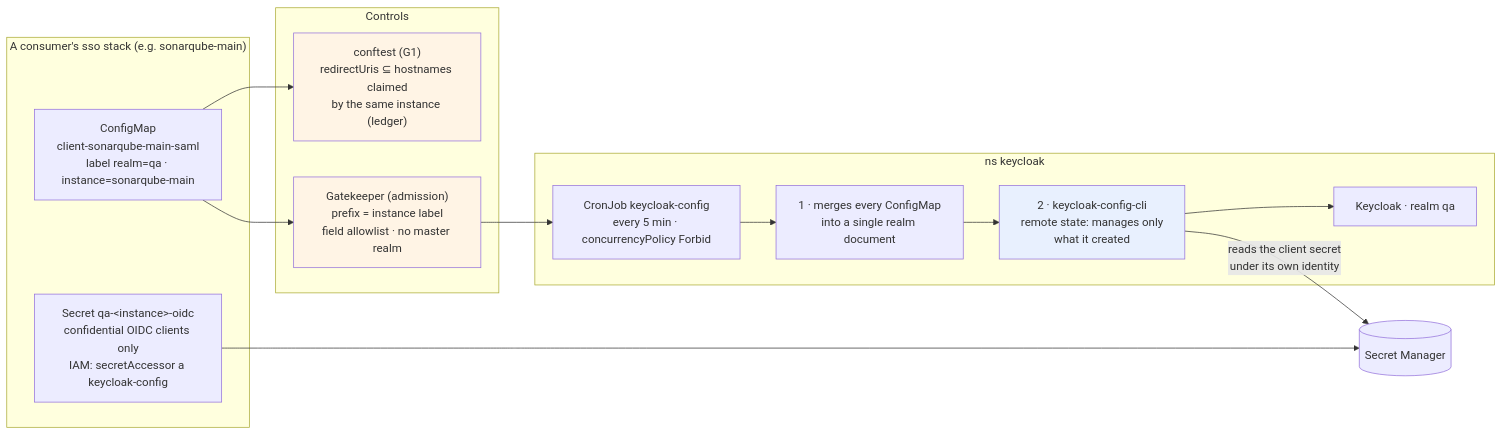
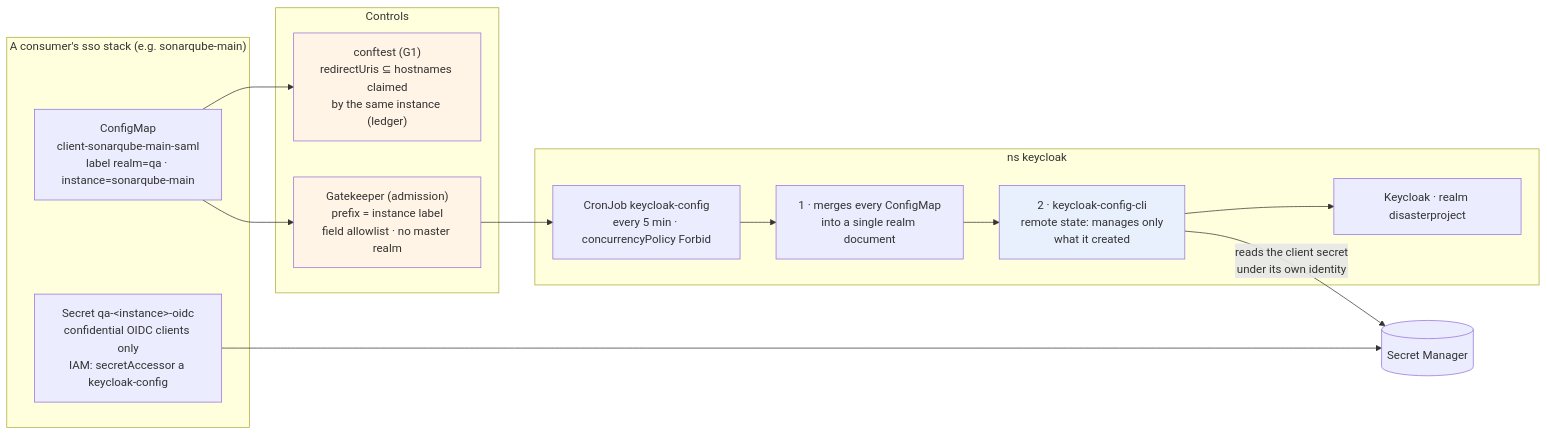
Before and after one commit to aescanero/proposal_documents: the diagram in docs/en/proposals/keycloak-qa/diagrams/05-clientes-tenant.mmd, drawn with Mermaid. The commit also changed 142 other files, not shown here.

```diff
--- a/docs/en/proposals/keycloak-qa/diagrams/05-clientes-tenant.mmd
+++ b/docs/en/proposals/keycloak-qa/diagrams/05-clientes-tenant.mmd
@@ -1,28 +1,28 @@
 flowchart LR
     subgraph T["A consumer's sso stack (e.g. sonarqube-main)"]
         CM["ConfigMap<br/>client-sonarqube-main-saml<br/>label realm=qa · instance=sonarqube-main"]
         TS["Secret qa-&lt;instance&gt;-oidc<br/>confidential OIDC clients only<br/>IAM: secretAccessor a keycloak-config"]
     end
 
     subgraph CTRL["Controls"]
         G1["conftest (G1)<br/>redirectUris ⊆ hostnames claimed<br/>by the same instance (ledger)"]
         GK["Gatekeeper (admission)<br/>prefix = instance label<br/>field allowlist · no master realm"]
     end
 
     subgraph KNS["ns keycloak"]
         CJ["CronJob keycloak-config<br/>every 5 min · concurrencyPolicy Forbid"]
         MRG["1 · merges every ConfigMap<br/>into a single realm document"]
         KCC["2 · keycloak-config-cli<br/>remote state: manages only<br/>what it created"]
-        K["Keycloak · realm qa"]
+        K["Keycloak · realm disasterproject"]
     end
     SM[("Secret Manager")]
 
     CM --> G1
     CM --> GK --> CJ
     CJ --> MRG --> KCC --> K
     TS --> SM
     KCC -->|"reads the client secret<br/>under its own identity"| SM
 
     style G1 fill:#fff4e5
     style GK fill:#fff4e5
     style KCC fill:#e8f0fe
```
